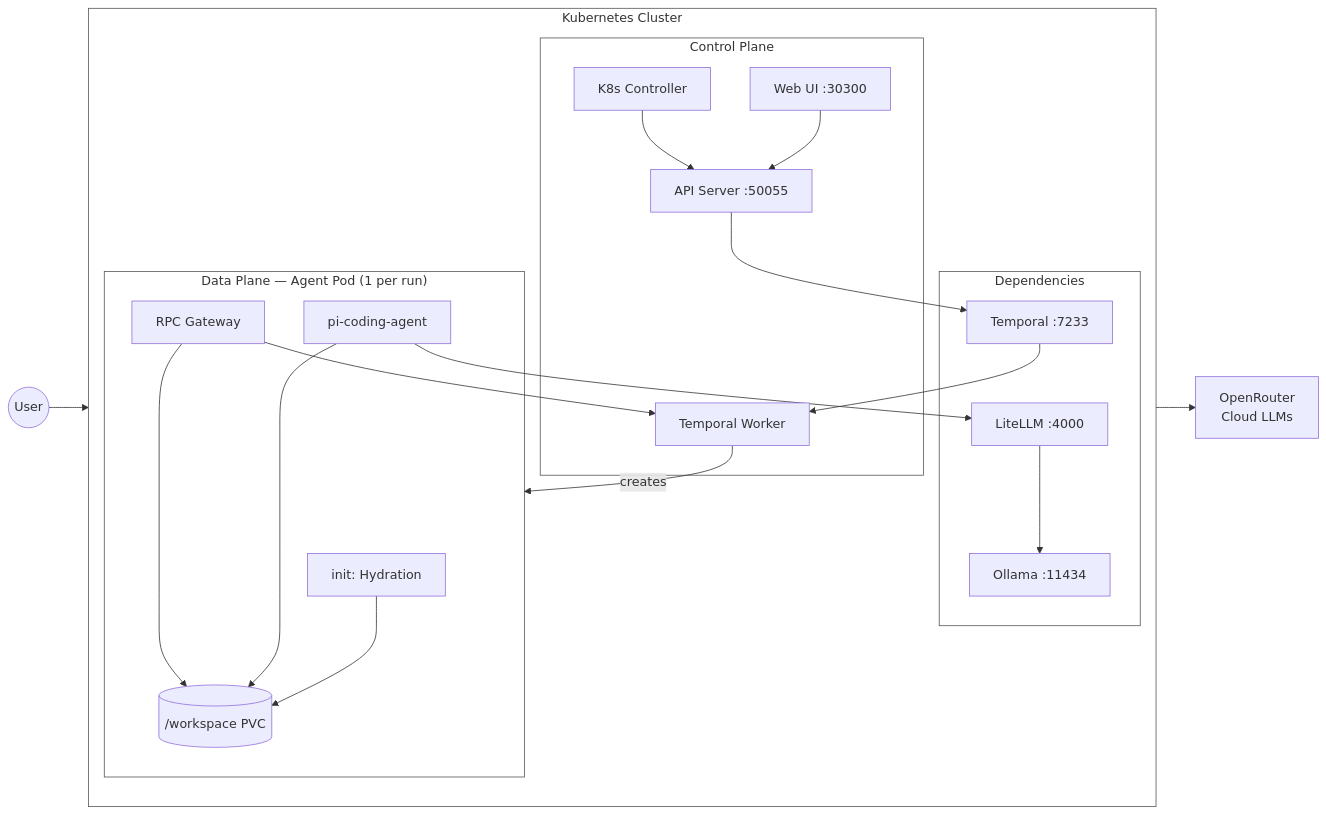
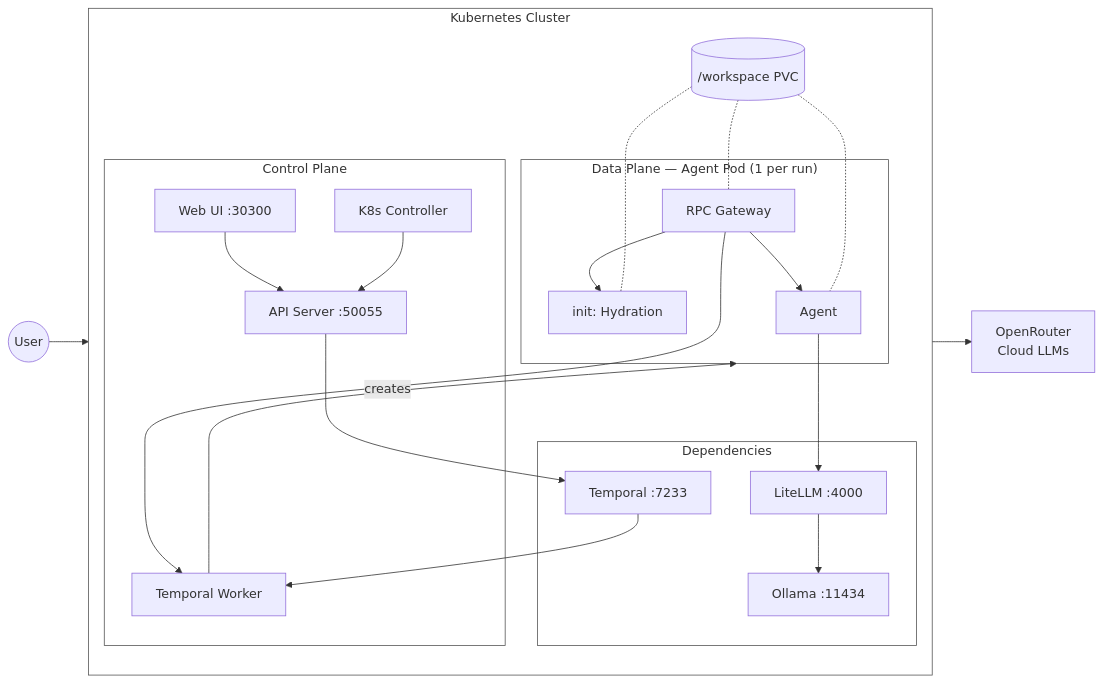
One commit to ross-corp/uncworks changed the first of 2 diagrams in README.md. Above: the diagram before and after it, drawn with Mermaid. The commit also changed other lines of this file, not shown here.

Commit message:
fix: pvc outside pod, rpc gateway fronts agent, rename to agent

````diff
--- a/README.md
+++ b/README.md
@@ -40,48 +40,51 @@
 ```mermaid
 graph LR
     User(("User"))
     Cloud["OpenRouter<br/>Cloud LLMs"]
 
     subgraph K8s["Kubernetes Cluster"]
         direction TB
 
         subgraph CP["Control Plane"]
             Web["Web UI :30300"]
             API["API Server :50055"]
             Ctrl["K8s Controller"]
             TW["Temporal Worker"]
         end
 
         subgraph Deps["Dependencies"]
             Temporal["Temporal :7233"]
             LiteLLM["LiteLLM :4000"]
             Ollama["Ollama :11434"]
         end
 
         subgraph DP["Data Plane — Agent Pod (1 per run)"]
+            Sidecar["RPC Gateway"]
             Init["init: Hydration"]
-            Pi["pi-coding-agent"]
-            Sidecar["RPC Gateway"]
-            PVC[("/workspace PVC")]
+            Agent["Agent"]
         end
+
+        PVC[("/workspace PVC")]
     end
 
     User --> Web
     Web --> API
     API --> Temporal
     Temporal --> TW
     Ctrl --> API
     TW -->|creates| DP
     Sidecar --> TW
-    Pi --> LiteLLM
+    Sidecar --> Init
+    Sidecar --> Agent
+    Agent --> LiteLLM
     LiteLLM --> Ollama
     LiteLLM --> Cloud
-    Init --> PVC
-    Pi --> PVC
-    Sidecar --> PVC
+    PVC -.- Init
+    PVC -.- Agent
+    PVC -.- Sidecar
 
     style K8s fill:transparent,stroke:#555
     style CP fill:transparent,stroke:#555
     style Deps fill:transparent,stroke:#555
     style DP fill:transparent,stroke:#555
 ```
````
